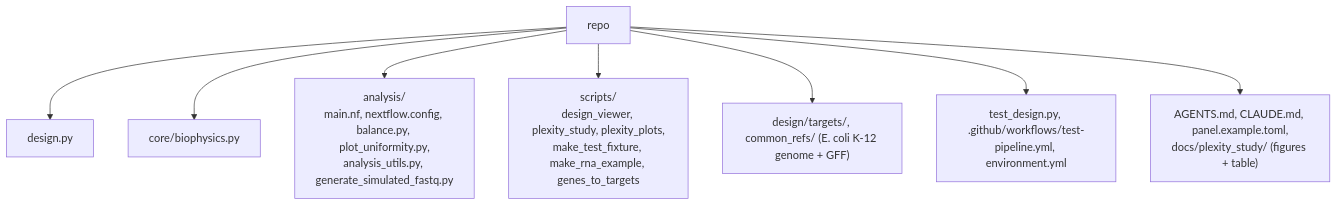
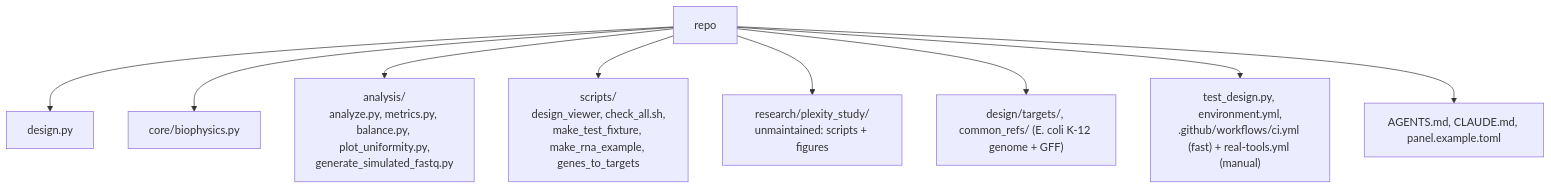
The seventh of 7 diagrams in README.md (AHumanBrain/my_amplicon_project), drawn with Mermaid before and after one commit. The commit also changed other lines of this file and 23 other files, not shown here.

````diff
--- a/README.md
+++ b/README.md
@@ -342,10 +328,11 @@
 ```mermaid
 flowchart TD
     R["repo"] --> D["design.py"]
     R --> C["core/biophysics.py"]
-    R --> A["analysis/<br/>main.nf, nextflow.config, balance.py, plot_uniformity.py,<br/>analysis_utils.py, generate_simulated_fastq.py"]
-    R --> S["scripts/<br/>design_viewer, plexity_study, plexity_plots,<br/>make_test_fixture, make_rna_example, genes_to_targets"]
+    R --> A["analysis/<br/>analyze.py, metrics.py, balance.py, plot_uniformity.py,<br/>generate_simulated_fastq.py"]
+    R --> S["scripts/<br/>design_viewer, check_all.sh,<br/>make_test_fixture, make_rna_example, genes_to_targets"]
+    R --> RS["research/plexity_study/<br/>unmaintained: scripts + figures"]
     R --> X["design/targets/, common_refs/ (E. coli K-12 genome + GFF)"]
-    R --> T["test_design.py, .github/workflows/test-pipeline.yml, environment.yml"]
-    R --> G["AGENTS.md, CLAUDE.md, panel.example.toml,<br/>docs/plexity_study/ (figures + table)"]
+    R --> T["test_design.py, environment.yml,<br/>.github/workflows/ci.yml (fast) + real-tools.yml (manual)"]
+    R --> G["AGENTS.md, CLAUDE.md, panel.example.toml"]
 ```
````
